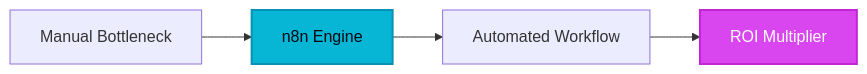
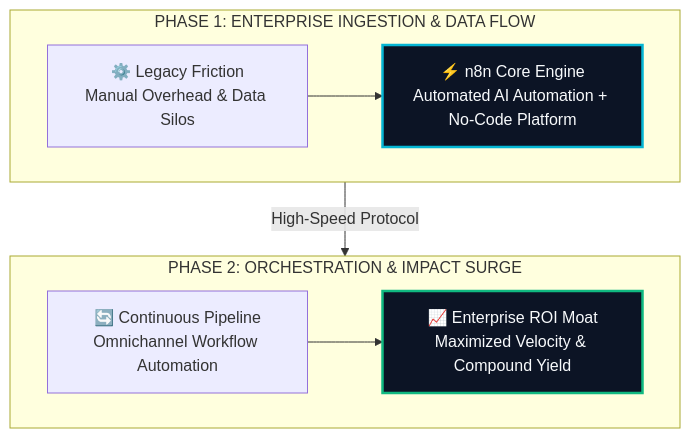
Before and after one commit to heliatech-media/saas-radar: the diagram in site/src/content/blog/n8n-evolution-guide-2026.md, drawn with Mermaid. The commit also changed 97 other files, not shown here.

First line of the commit message:
feat(diagrams): upgrade all article architecture schemas to high-impact 2-tier responsive vector blueprints

````diff
--- a/site/src/content/blog/n8n-evolution-guide-2026.md
+++ b/site/src/content/blog/n8n-evolution-guide-2026.md
@@ -61,8 +61,14 @@
 ```mermaid
-flowchart LR
-    A[Manual Bottleneck] --> B[n8n Engine]
-    B --> C[Automated Workflow]
-    C --> D[ROI Multiplier]
-    style B fill:#06b6d4,stroke:#0891b2,stroke-width:2px,color:#030712
-    style D fill:#d946ef,stroke:#c026d3,stroke-width:2px,color:#ffffff
+flowchart TD
+    subgraph S1["PHASE 1: ENTERPRISE INGESTION & DATA FLOW"]
+        direction LR
+        A["⚙️ Legacy Friction<br/>Manual Overhead & Data Silos"] --> B["⚡ n8n Core Engine<br/>Automated AI Automation + No-Code Platform"]
+    end
+    subgraph S2["PHASE 2: ORCHESTRATION & IMPACT SURGE"]
+        direction LR
+        C["🔄 Continuous Pipeline<br/>Omnichannel Workflow Automation"] --> D["📈 Enterprise ROI Moat<br/>Maximized Velocity & Compound Yield"]
+    end
+    S1 -->|High-Speed Protocol| S2
+    style B fill:#0c1425,stroke:#06b6d4,stroke-width:2.5px,color:#f8fafc
+    style D fill:#0c1425,stroke:#10b981,stroke-width:2.5px,color:#f8fafc
 ```
````
